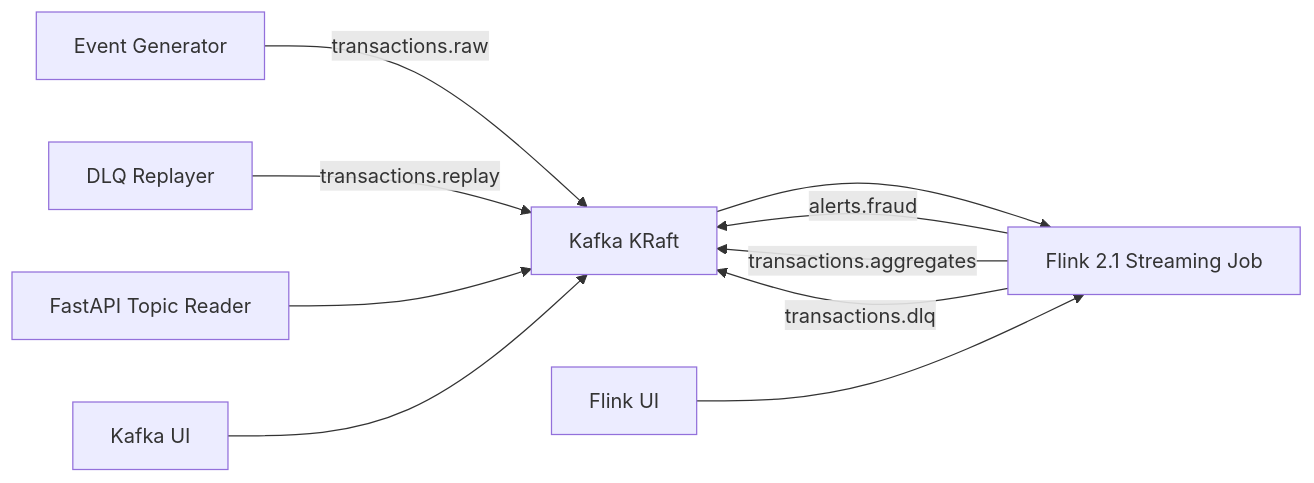
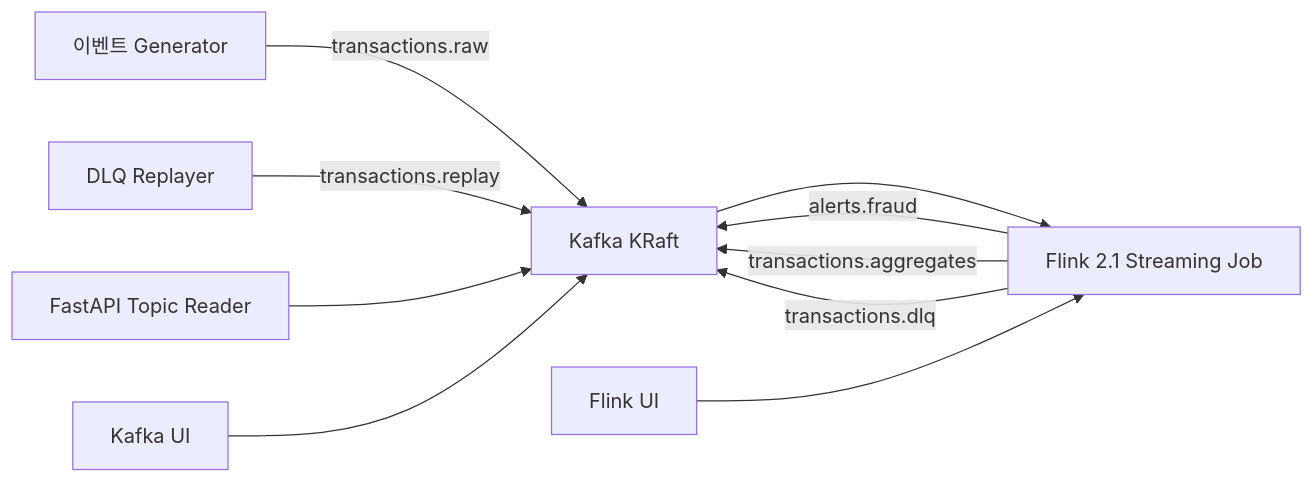
Before and after one commit to jaejungscene/flink-kafka-realtime-lab: the diagram in README.md, drawn with Mermaid. The commit also changed other lines of this file and 10 other files, not shown here.

````diff
--- a/README.md
+++ b/README.md
@@ -18,12 +18,12 @@
 ```mermaid
 flowchart LR
-    G["Event Generator"] -->|transactions.raw| K["Kafka KRaft"]
+    G["이벤트 Generator"] -->|transactions.raw| K["Kafka KRaft"]
     R["DLQ Replayer"] -->|transactions.replay| K
     K --> F["Flink 2.1 Streaming Job"]
     F -->|alerts.fraud| K
     F -->|transactions.aggregates| K
     F -->|transactions.dlq| K
     API["FastAPI Topic Reader"] --> K
     UI["Kafka UI"] --> K
     FU["Flink UI"] --> F
 ```
````
